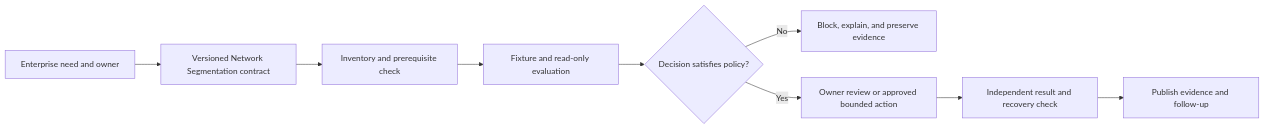
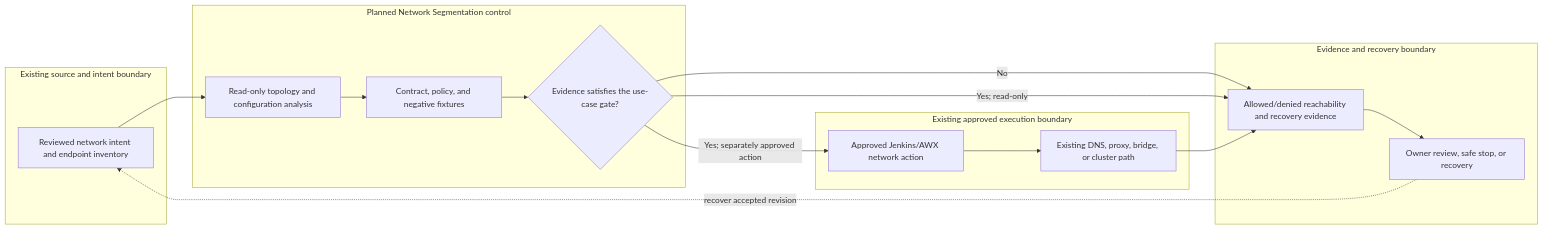
One commit to MIDHTECH/enterprise-architecture-docs changed the diagram in docs/use-cases/network/UC-NET-022-network-segmentation.md. Above: the diagram before and after it, drawn with Mermaid. The commit also changed other lines of this file and 227 other files, not shown here.

Commit message:
Deepen architecture for all use case designs

````diff
--- a/docs/use-cases/network/UC-NET-022-network-segmentation.md
+++ b/docs/use-cases/network/UC-NET-022-network-segmentation.md
@@ -136,11 +129,25 @@
 ```mermaid
 flowchart LR
-    Need["Enterprise need and owner"] --> Contract["Versioned Network Segmentation contract"]
-    Contract --> Preflight["Inventory and prerequisite check"]
-    Preflight --> Evaluate["Fixture and read-only evaluation"]
-    Evaluate --> Decision{"Decision satisfies policy?"}
-    Decision -->|No| Stop["Block, explain, and preserve evidence"]
-    Decision -->|Yes| Review["Owner review or approved bounded action"]
-    Review --> Verify["Independent result and recovery check"]
-    Verify --> Publish["Publish evidence and follow-up"]
+    subgraph Source["Existing source and intent boundary"]
+        A["Reviewed network intent and endpoint inventory"]
+    end
+    subgraph Planned["Planned Network Segmentation control"]
+        B["Read-only topology and configuration analysis"]
+        C["Contract, policy, and negative fixtures"]
+        D{"Evidence satisfies the use-case gate?"}
+    end
+    subgraph Runtime["Existing approved execution boundary"]
+        E["Approved Jenkins/AWX network action"]
+        F["Existing DNS, proxy, bridge, or cluster path"]
+    end
+    subgraph Assurance["Evidence and recovery boundary"]
+        G["Allowed/denied reachability and recovery evidence"]
+        H["Owner review, safe stop, or recovery"]
+    end
+
+    A --> B --> C --> D
+    D -->|No| G --> H
+    D -->|Yes; read-only| G
+    D -->|Yes; separately approved action| E --> F --> G
+    H -. recover accepted revision .-> A
 ```
````
